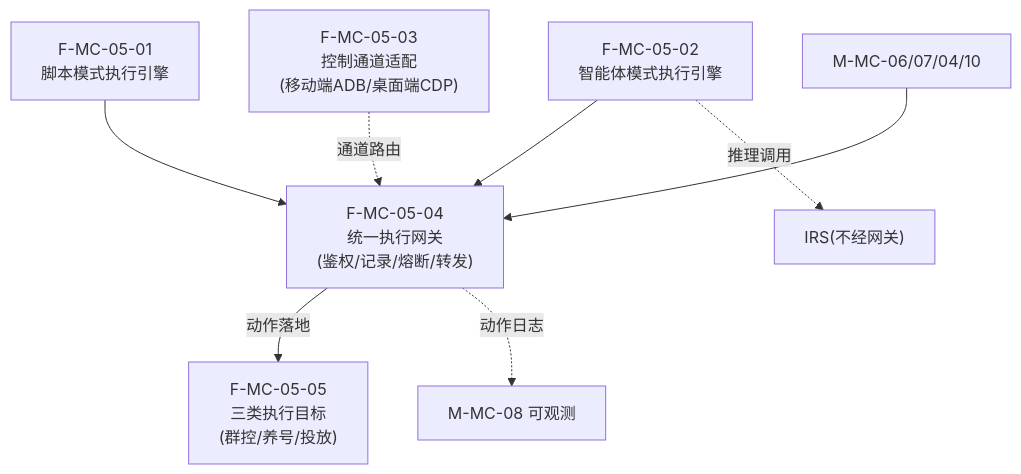
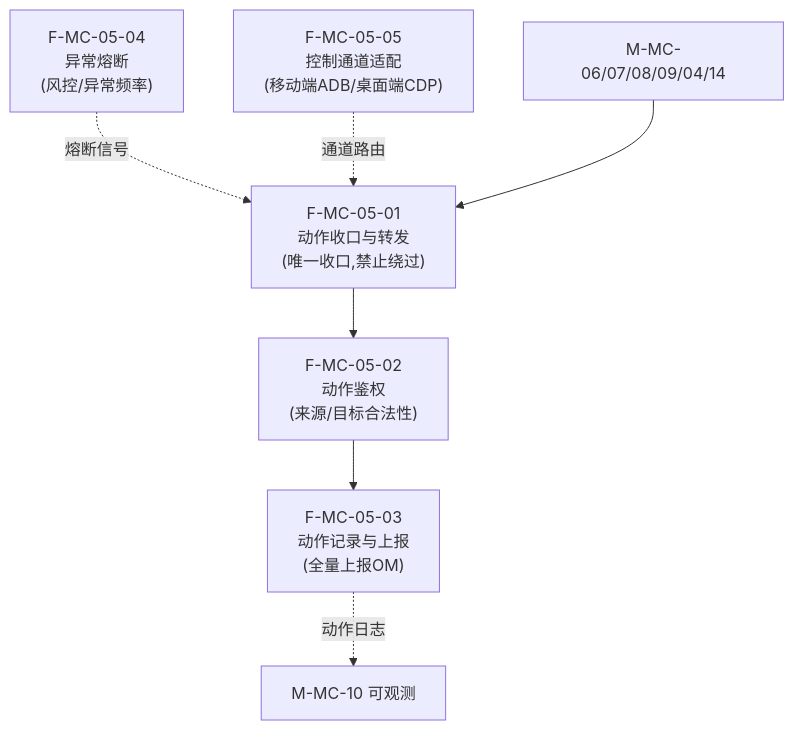
Diagram 12 of 49 in 公司项目/认知作战/文档/软件概要设计-架构图.md (Sj-g/obsidian), drawn with Mermaid before and after one commit. The commit also changed other lines of this file, not shown here.

````diff
--- a/公司项目/认知作战/文档/软件概要设计-架构图.md
+++ b/公司项目/认知作战/文档/软件概要设计-架构图.md
@@ -264,16 +271,14 @@
 ```mermaid
 flowchart TB
-    F0501["F-MC-05-01<br/>脚本模式执行引擎"]
-    F0502["F-MC-05-02<br/>智能体模式执行引擎"]
-    F0503["F-MC-05-03<br/>控制通道适配<br/>(移动端ADB/桌面端CDP)"]
-    F0504["F-MC-05-04<br/>统一执行网关<br/>(鉴权/记录/熔断/转发)"]
-    F0505["F-MC-05-05<br/>三类执行目标<br/>(群控/养号/投放)"]
+    F0501["F-MC-05-01<br/>动作收口与转发<br/>(唯一收口,禁止绕过)"]
+    F0502["F-MC-05-02<br/>动作鉴权<br/>(来源/目标合法性)"]
+    F0503["F-MC-05-03<br/>动作记录与上报<br/>(全量上报OM)"]
+    F0504["F-MC-05-04<br/>异常熔断<br/>(风控/异常频率)"]
+    F0505["F-MC-05-05<br/>控制通道适配<br/>(移动端ADB/桌面端CDP)"]
 
-    F0501 --> F0504
-    F0502 --> F0504
-    F0503 -.->|"通道路由"| F0504
-    F0504 -->|"动作落地"| F0505
-    F0502 -.->|"推理调用"| IRS["IRS(不经网关)"]
-    EXT["M-MC-06/07/04/10"] --> F0504
-    F0504 -.->|"动作日志"| EXT2["M-MC-08 可观测"]
+    F0501 --> F0502 --> F0503
+    F0504 -.->|"熔断信号"| F0501
+    F0505 -.->|"通道路由"| F0501
+    EXT["M-MC-06/07/08/09/04/14"] --> F0501
+    F0503 -.->|"动作日志"| EXT2["M-MC-10 可观测"]
 ```
````
